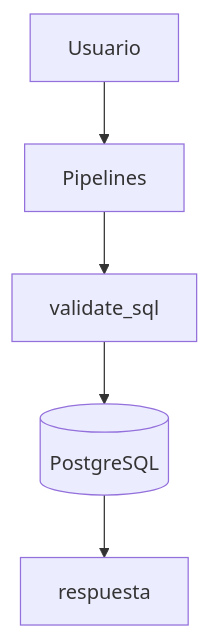
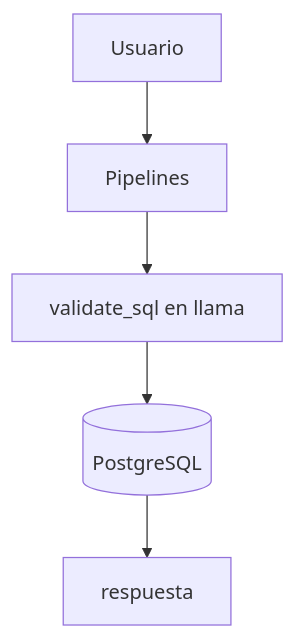
The diagram in TFM/Pipelines/enfoque_NL/readme.md (Ind50-UPM/2025-JP-GENESIS), drawn with Mermaid before and after one commit.

````diff
--- a/TFM/Pipelines/enfoque_NL/readme.md
+++ b/TFM/Pipelines/enfoque_NL/readme.md
@@ -14,4 +14,4 @@
 ```mermaid
 flowchart TD
-U[Usuario]-->P[Pipelines]-->V[validate_sql]-->DB[(PostgreSQL)]-->R[respuesta]
+U[Usuario]-->P[Pipelines]-->V[validate_sql en llama]-->DB[(PostgreSQL)]-->R[respuesta]
 ```
````
